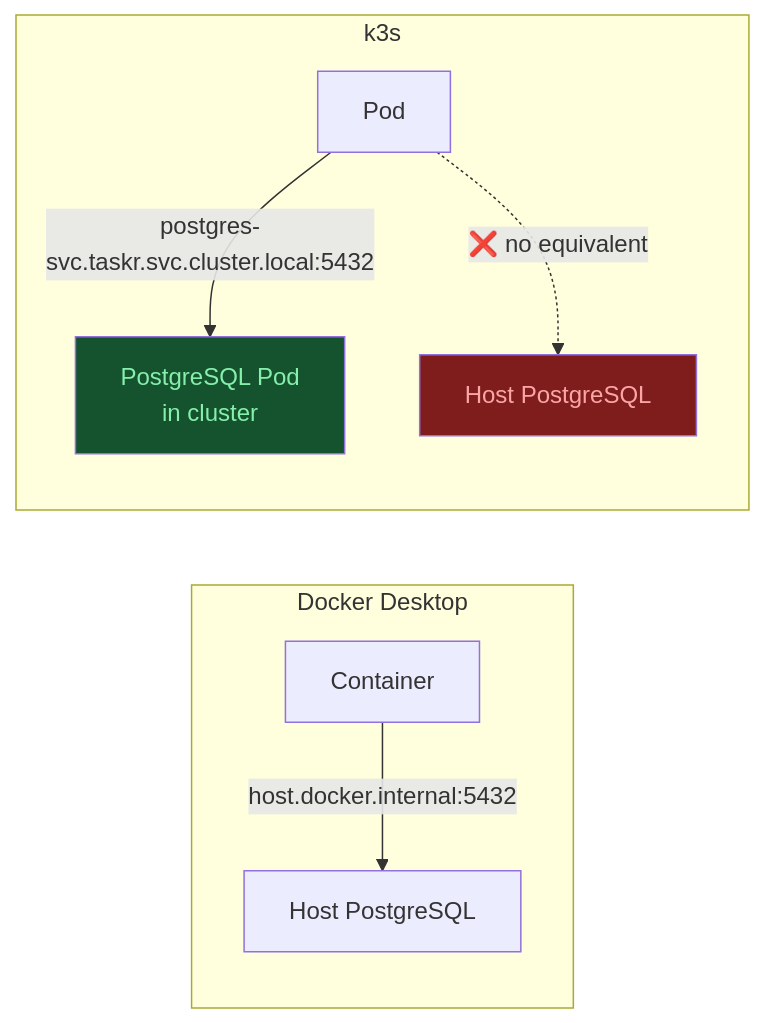
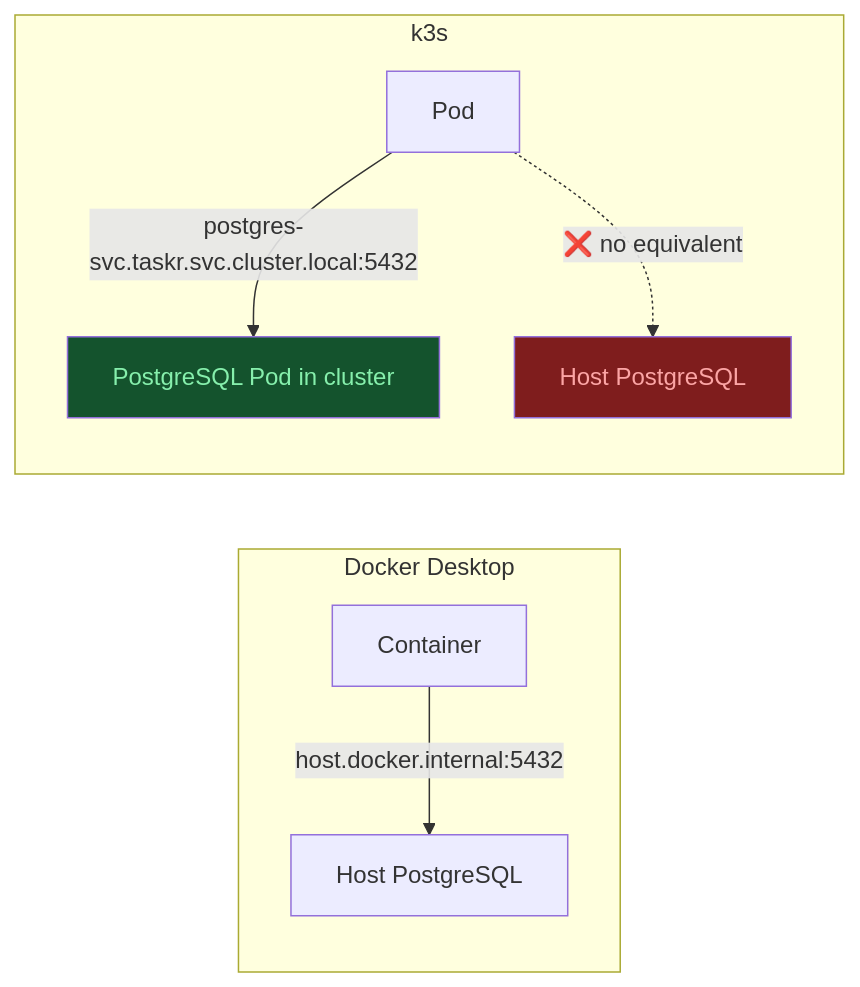
Before and after one commit to UncleJS/course_k3s: the second of 7 diagrams in 17_docker_to_k3s/04_docker_gotchas.md, drawn with Mermaid. The commit also changed other lines of this file and 57 other files, not shown here.

````diff
--- a/17_docker_to_k3s/04_docker_gotchas.md
+++ b/17_docker_to_k3s/04_docker_gotchas.md
@@ -63,12 +63,12 @@
 ```mermaid
 flowchart LR
     subgraph Docker Desktop
         A[Container] -->|host.docker.internal:5432| B[Host PostgreSQL]
     end
     subgraph k3s
-        C[Pod] -->|postgres-svc.taskr.svc.cluster.local:5432| D[PostgreSQL Pod\nin cluster]
+        C[Pod] -->|postgres-svc.taskr.svc.cluster.local:5432| D[PostgreSQL Pod in cluster]
         C -. "❌ no equivalent" .-> E[Host PostgreSQL]
     end
     style E fill:#7f1d1d,color:#fca5a5
     style D fill:#14532d,color:#86efac
 ```
````
